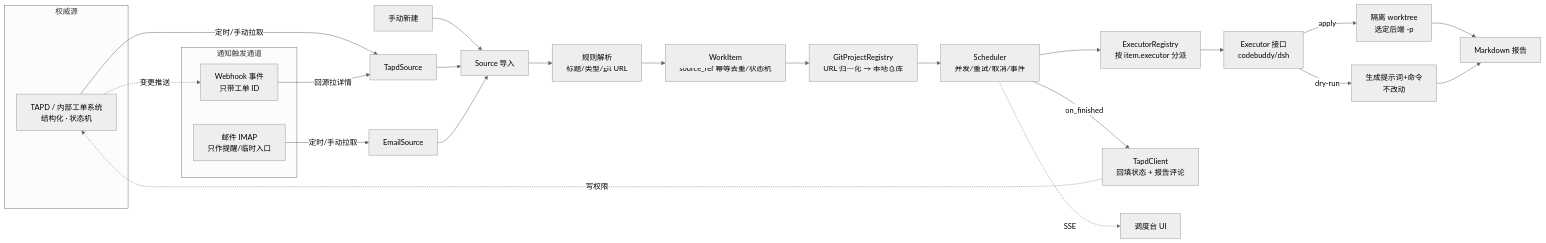
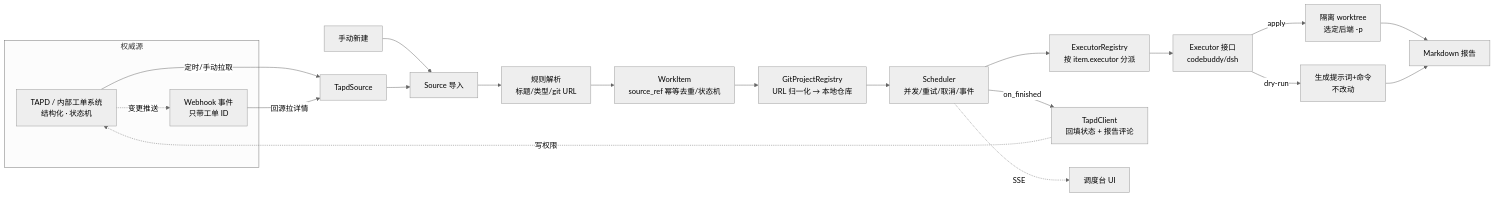
The diagram in docs/architecture.md (cheerly-plan/CheerlyTaskAgent), drawn with Mermaid (neutral theme) before and after one commit. The commit also changed other lines of this file and 12 other files, not shown here.

````diff
--- a/docs/architecture.md
+++ b/docs/architecture.md
@@ -29,30 +29,25 @@
 ```mermaid
 flowchart LR
     subgraph 权威源
       TAPD[TAPD / 内部工单系统<br/>结构化 · 状态机]
-    end
-    subgraph 通知触发通道
       WH[Webhook 事件<br/>只带工单 ID]
-      EM[邮件 IMAP<br/>只作提醒/临时入口]
     end
     M[手动新建] --> S[Source 导入]
     TAPD -->|定时/手动拉取| TS[TapdSource]
     TAPD -.变更推送.-> WH
     WH -->|回源拉详情| TS
-    EM -->|定时/手动拉取| ES[EmailSource]
     TS --> S
-    ES --> S
     S --> P[规则解析<br/>标题/类型/git URL]
     P --> W[WorkItem<br/>source_ref 幂等去重/状态机]
     W --> G[GitProjectRegistry<br/>URL 归一化 → 本地仓库]
     G --> SCH[Scheduler<br/>并发/重试/取消/事件]
     SCH --> REG[ExecutorRegistry<br/>按 item.executor 分派]
     REG --> EX[Executor 接口<br/>codebuddy/dsh]
     EX -->|dry-run| CMD[生成提示词+命令<br/>不改动]
     EX -->|apply| WT[隔离 worktree<br/>选定后端 -p]
     WT --> R[Markdown 报告]
     CMD --> R
     SCH -->|on_finished| BF[TapdClient<br/>回填状态 + 报告评论]
     BF -.->|写权限| TAPD
     SCH -. SSE .-> UI[调度台 UI]
 ```
````
